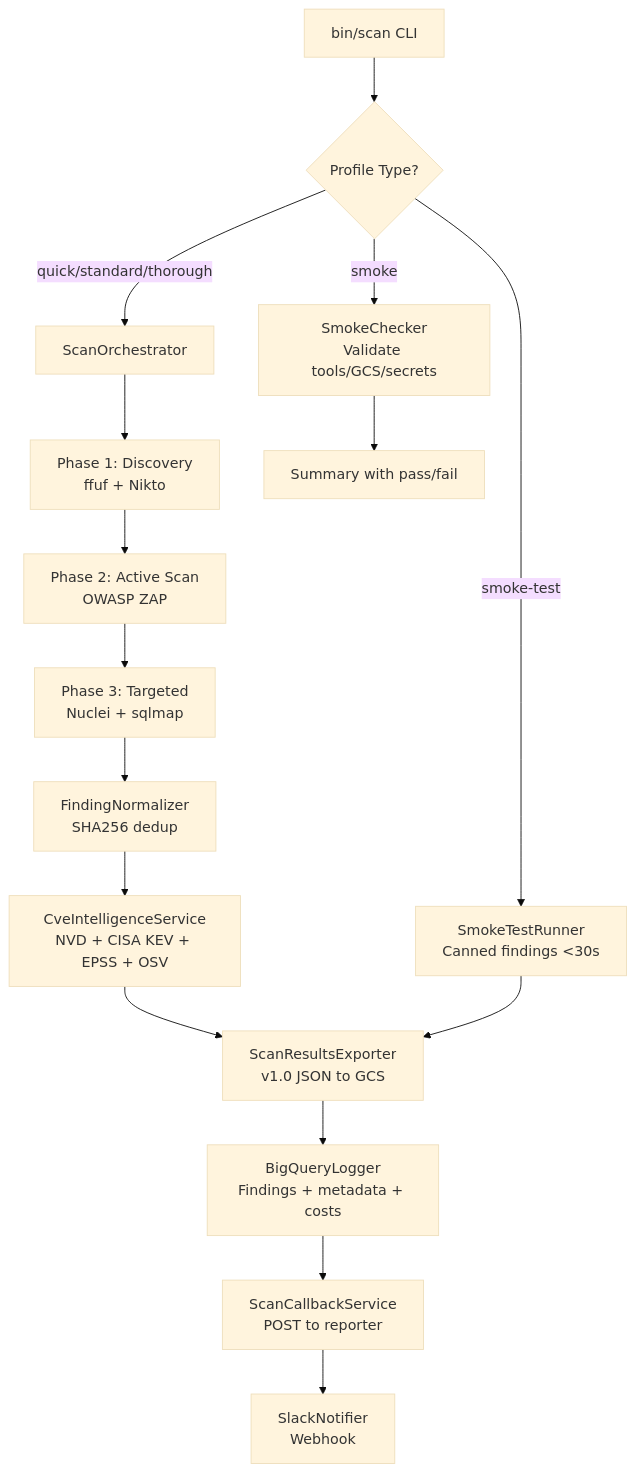
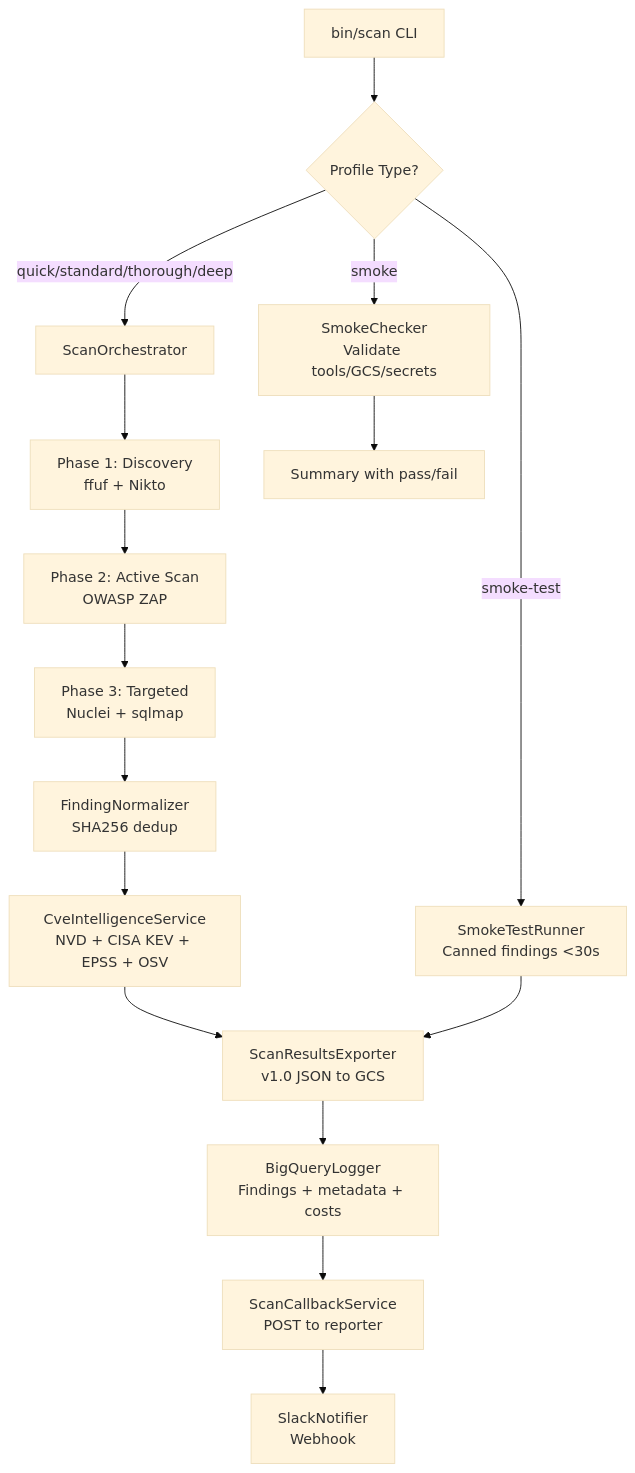
One commit to Peregrine-Technology-Systems/peregrine-penetrator-scanner changed the second of 9 diagrams in docs/ARCHITECTURE.md. Above: the diagram before and after it, drawn with Mermaid (base theme). The commit also changed other lines of this file and 10 other files, not shown here.

````diff
--- a/docs/ARCHITECTURE.md
+++ b/docs/ARCHITECTURE.md
@@ -40,20 +40,20 @@
 ```mermaid
 flowchart TD
     A[bin/scan CLI] --> B{Profile Type?}
     B -->|smoke-test| C[SmokeTestRunner<br/>Canned findings &lt;30s]
     B -->|smoke| D[SmokeChecker<br/>Validate tools/GCS/secrets]
-    B -->|quick/standard/thorough| E[ScanOrchestrator]
+    B -->|quick/standard/thorough/deep| E[ScanOrchestrator]
 
     E --> F[Phase 1: Discovery<br/>ffuf + Nikto]
     F --> G[Phase 2: Active Scan<br/>OWASP ZAP]
     G --> H[Phase 3: Targeted<br/>Nuclei + sqlmap]
     H --> I[FindingNormalizer<br/>SHA256 dedup]
     I --> J[CveIntelligenceService<br/>NVD + CISA KEV + EPSS + OSV]
     J --> K[ScanResultsExporter<br/>v1.0 JSON to GCS]
     K --> L[BigQueryLogger<br/>Findings + metadata + costs]
     L --> M[ScanCallbackService<br/>POST to reporter]
     M --> N[SlackNotifier<br/>Webhook]
 
     C --> K
     D --> O[Summary with pass/fail]
 ```
````
